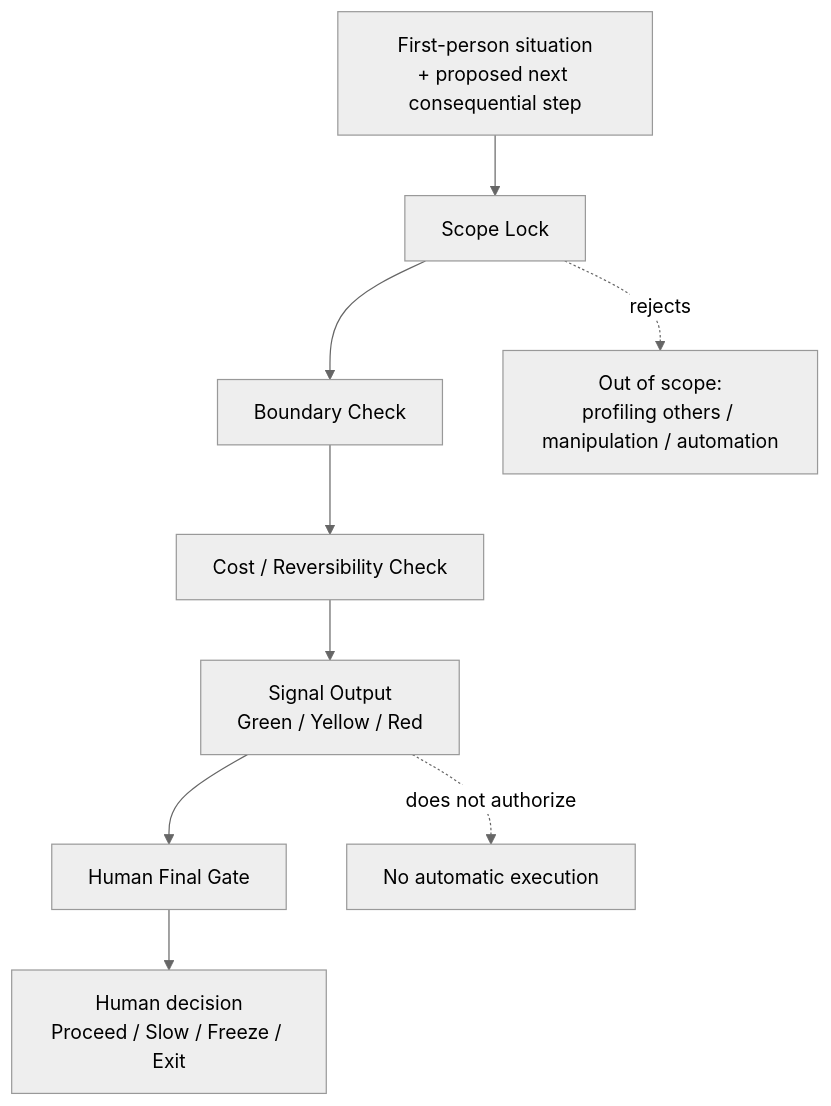
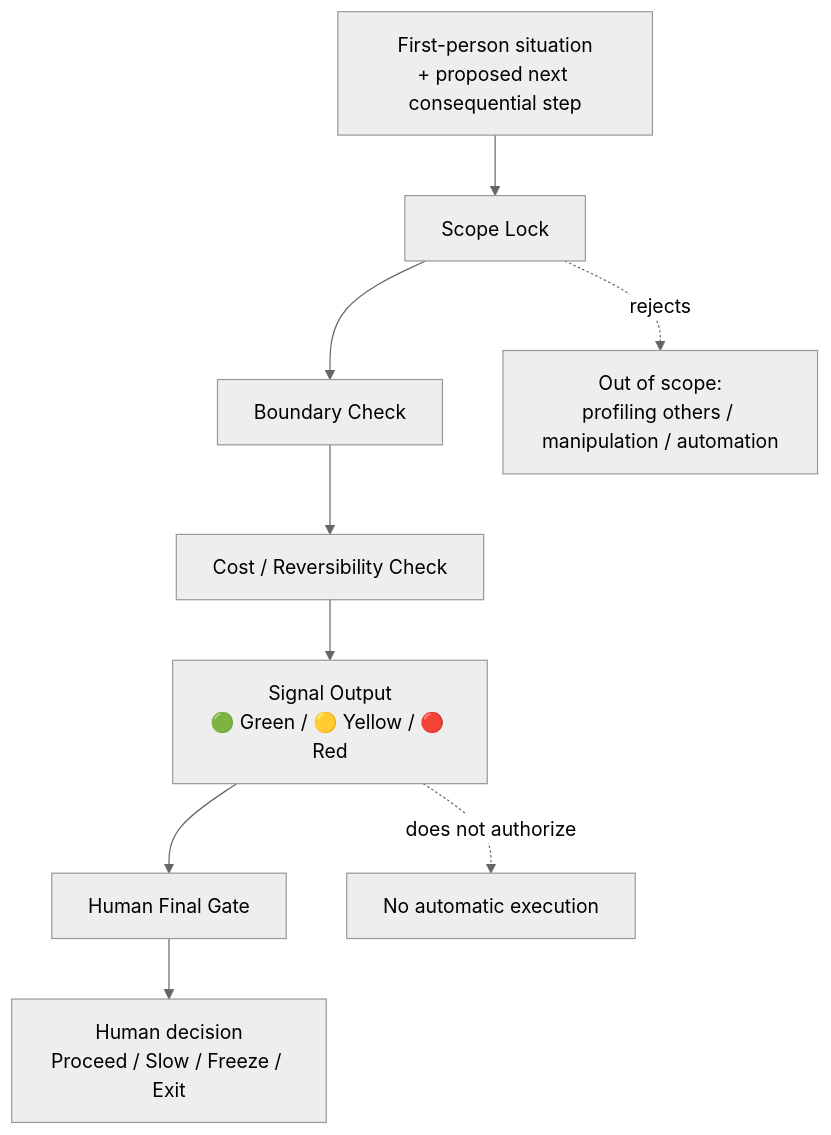
The diagram in README.md (Yelan22CAT/model1), drawn with Mermaid (neutral theme) before and after one commit. The commit also changed other lines of this file, not shown here.

````diff
--- a/README.md
+++ b/README.md
@@ -34,12 +34,12 @@
 ```mermaid
 flowchart TD
     A[First-person situation<br/>+ proposed next consequential step] --> B[Scope Lock]
     B --> C[Boundary Check]
     C --> D[Cost / Reversibility Check]
-    D --> E[Signal Output<br/>Green / Yellow / Red]
+    D --> E[Signal Output<br/>🟢 Green / 🟡 Yellow / 🔴 Red]
     E --> F[Human Final Gate]
     F --> G[Human decision<br/>Proceed / Slow / Freeze / Exit]
 
     B -. rejects .-> X[Out of scope:<br/>profiling others / manipulation / automation]
     E -. does not authorize .-> Y[No automatic execution]
 ```
````
